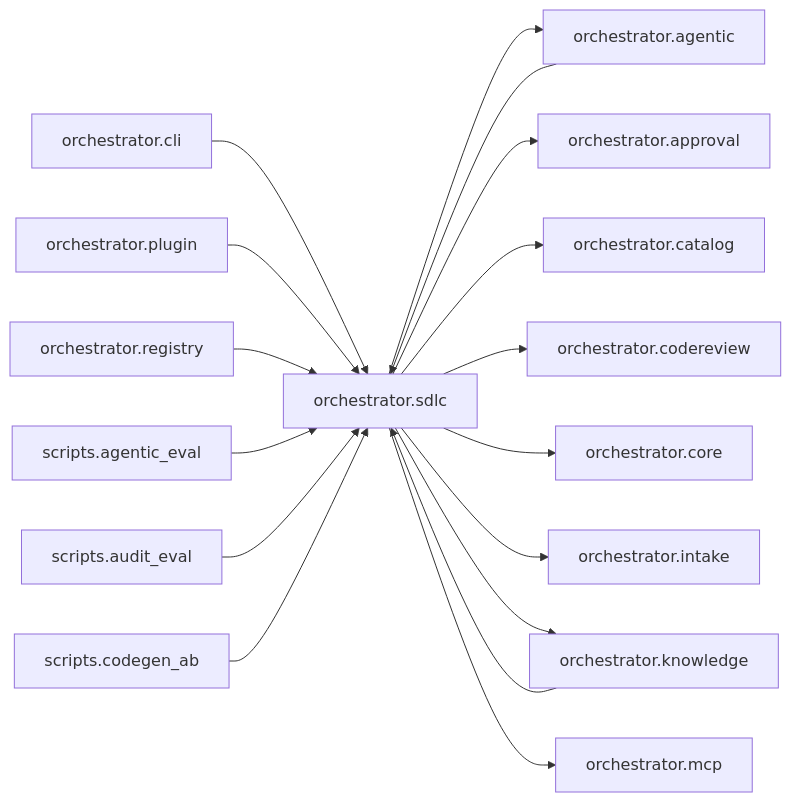
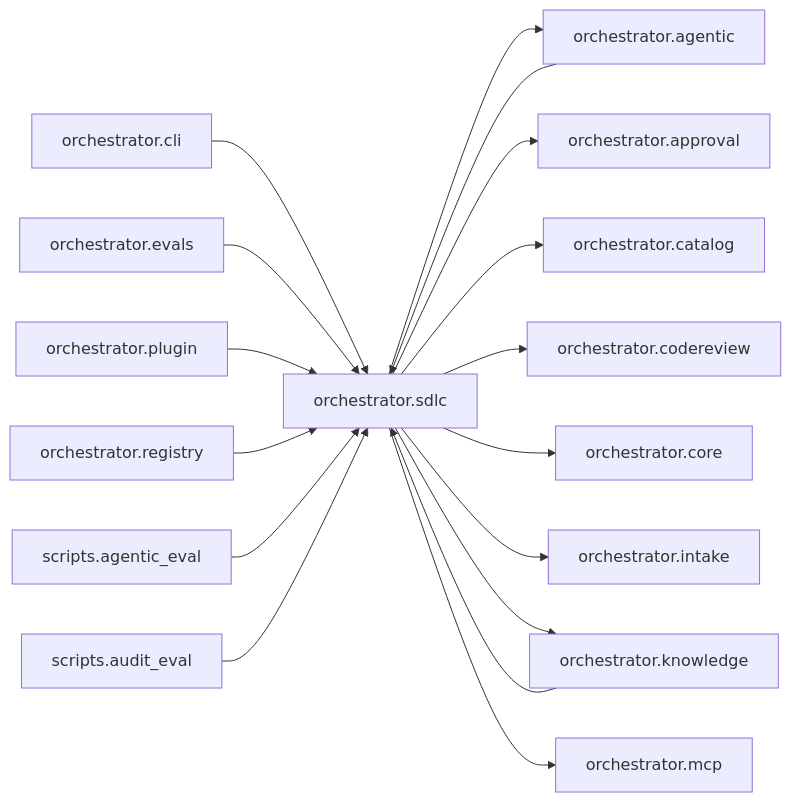
One commit to synaptixs/spine changed the diagram in episteme/areas/orchestrator.sdlc.md. Above: the diagram before and after it, drawn with Mermaid. The commit also changed other lines of this file and 24 other files, not shown here.

````diff
--- a/episteme/areas/orchestrator.sdlc.md
+++ b/episteme/areas/orchestrator.sdlc.md
@@ -8,34 +8,34 @@
 ```mermaid
 flowchart LR
   n0["orchestrator.sdlc"]
   n1["orchestrator.agentic"]
   n2["orchestrator.cli"]
-  n3["orchestrator.knowledge"]
-  n4["orchestrator.plugin"]
-  n5["orchestrator.registry"]
-  n6["scripts.agentic_eval"]
-  n7["scripts.audit_eval"]
-  n8["scripts.codegen_ab"]
+  n3["orchestrator.evals"]
+  n4["orchestrator.knowledge"]
+  n5["orchestrator.plugin"]
+  n6["orchestrator.registry"]
+  n7["scripts.agentic_eval"]
+  n8["scripts.audit_eval"]
   n9["orchestrator.approval"]
   n10["orchestrator.catalog"]
   n11["orchestrator.codereview"]
   n12["orchestrator.core"]
   n13["orchestrator.intake"]
   n14["orchestrator.mcp"]
   n1 --> n0
   n2 --> n0
   n3 --> n0
   n4 --> n0
   n5 --> n0
   n6 --> n0
   n7 --> n0
   n8 --> n0
   n0 --> n1
   n0 --> n9
   n0 --> n10
   n0 --> n11
   n0 --> n12
   n0 --> n13
-  n0 --> n3
+  n0 --> n4
   n0 --> n14
 ```
````
